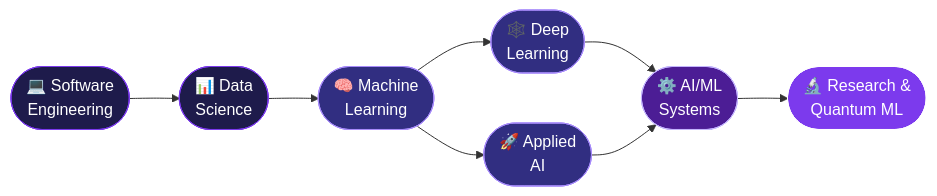
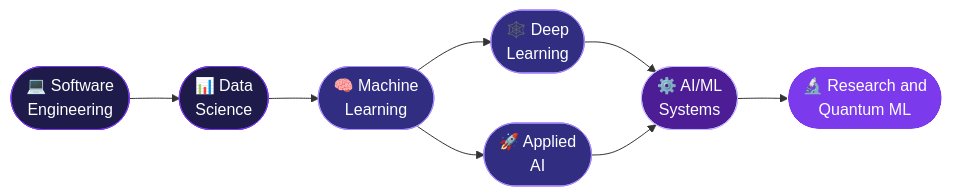
One commit to devchandhana12/devchandhana12 changed the diagram in README.md. Above: the diagram before and after it, drawn with Mermaid.

Commit message:
Fix formatting and improve flowchart readability

````diff
--- a/README.md
+++ b/README.md
@@ -123,18 +123,20 @@
 ```mermaid
 flowchart LR
-    A([💻 Software<br/>Engineering]) --> B([📊 Data<br/>Science])
-    B --> C([🧠 Machine<br/>Learning])
-    C --> D([🕸️ Deep<br/>Learning])
-    C --> E([🚀 Applied<br/>AI])
-    D --> F([⚙️ AI/ML<br/>Systems])
+    A(["💻 Software<br/>Engineering"]) --> B(["📊 Data<br/>Science"])
+    B --> C(["🧠 Machine<br/>Learning"])
+    C --> D(["🕸️ Deep<br/>Learning"])
+    C --> E(["🚀 Applied<br/>AI"])
+    D --> F(["⚙️ AI/ML<br/>Systems"])
     E --> F
-    F --> G([🔬 Research &<br/>Quantum ML])
+    F --> G(["🔬 Research and<br/>Quantum ML"])
 
-    style A fill:#1e1b4b,stroke:#7C3AED,color:#fff
-    style B fill:#1e1b4b,stroke:#7C3AED,color:#fff
-    style C fill:#312e81,stroke:#A78BFA,color:#fff
-    style D fill:#312e81,stroke:#A78BFA,color:#fff
-    style E fill:#312e81,stroke:#A78BFA,color:#fff
-    style F fill:#4c1d95,stroke:#C4B5FD,color:#fff
-    style G fill:#7C3AED,stroke:#fff,color:#fff
+    classDef base fill:#1e1b4b,stroke:#7C3AED,color:#ffffff
+    classDef mid fill:#312e81,stroke:#A78BFA,color:#ffffff
+    classDef top fill:#4c1d95,stroke:#C4B5FD,color:#ffffff
+    classDef goal fill:#7C3AED,stroke:#ffffff,color:#ffffff
+
+    class A,B base
+    class C,D,E mid
+    class F top
+    class G goal
 ```
````
